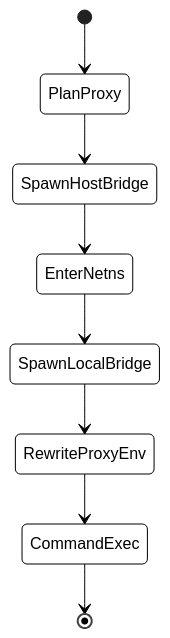
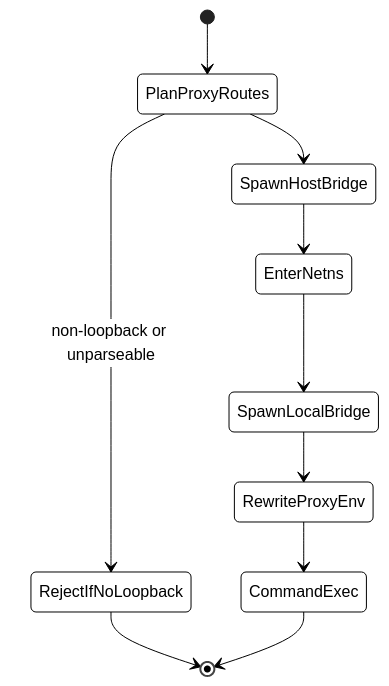
The fifth of 6 diagrams in Part II Source Analysis/12-macOS与Linux沙箱.md (GLBB/codex-source-analysis), drawn with Mermaid before and after one commit. The commit also changed other lines of this file and 3 other files, not shown here.

````diff
--- a/Part II Source Analysis/12-macOS与Linux沙箱.md
+++ b/Part II Source Analysis/12-macOS与Linux沙箱.md
@@ -407,11 +587,13 @@
 ```mermaid
 %%{init: {"theme":"neutral","themeCSS":"svg { background: #ffffff !important; }","themeVariables":{"background":"#ffffff","mainBkg":"#ffffff","primaryColor":"#f5f5f5","primaryTextColor":"#000000","primaryBorderColor":"#333333","lineColor":"#444444","secondaryColor":"#f6f8fa","tertiaryColor":"#ffffff","edgeLabelBackground":"#ffffff","fontFamily":"Helvetica"}}}%%
 stateDiagram-v2
-    [*] --> PlanProxy
-    PlanProxy --> SpawnHostBridge
+    [*] --> PlanProxyRoutes
+    PlanProxyRoutes --> RejectIfNoLoopback : non-loopback or unparseable
+    RejectIfNoLoopback --> [*]
+    PlanProxyRoutes --> SpawnHostBridge
     SpawnHostBridge --> EnterNetns
     EnterNetns --> SpawnLocalBridge
     SpawnLocalBridge --> RewriteProxyEnv
     RewriteProxyEnv --> CommandExec
     CommandExec --> [*]
 ```
````
